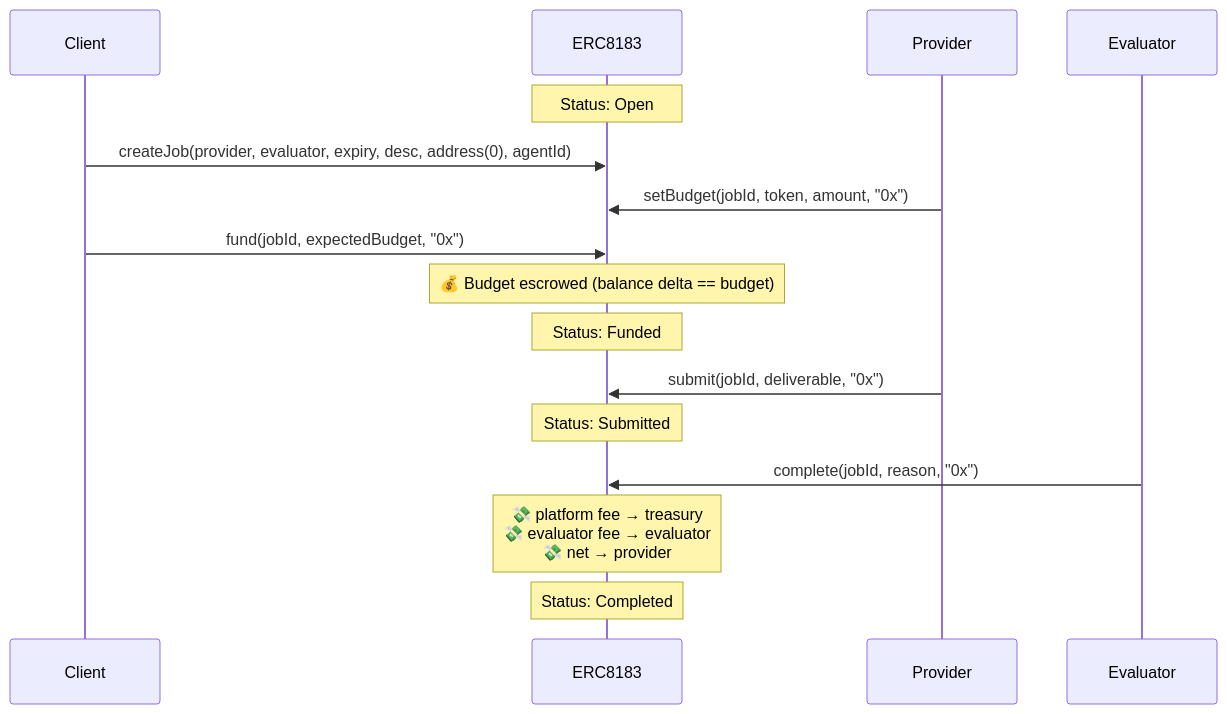
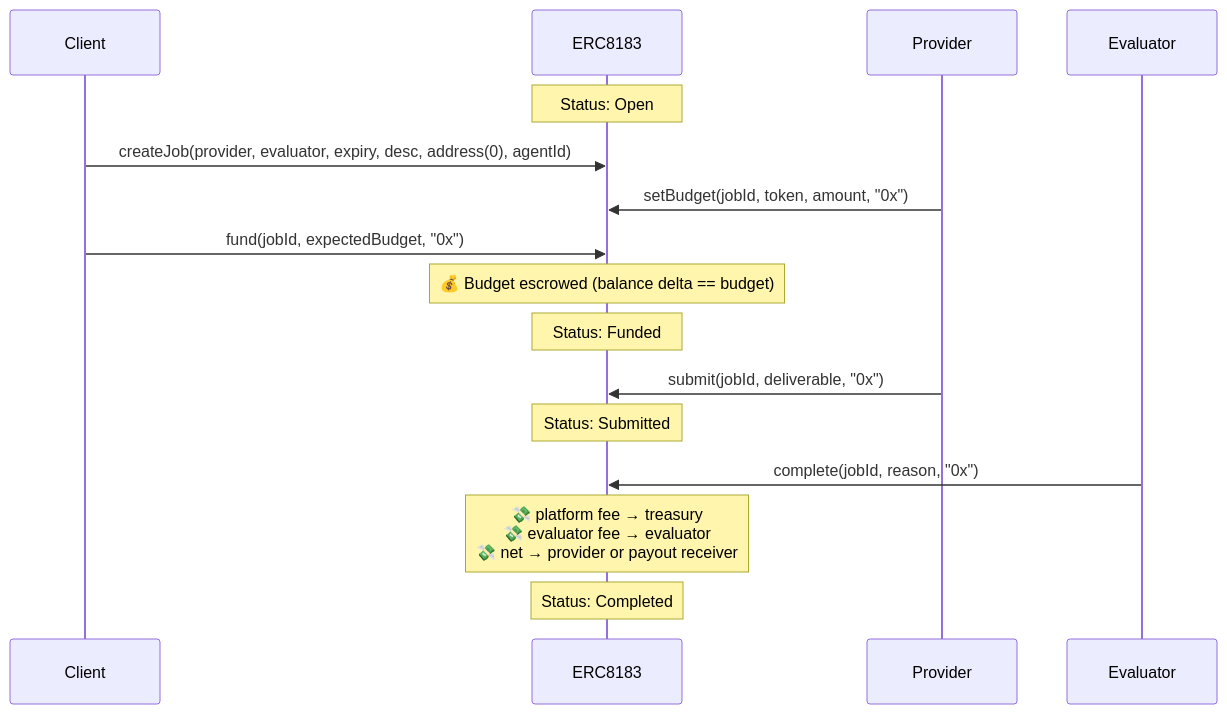
Before and after one commit to erc-8183/base-contracts: the second of 5 diagrams in docs/01-architecture.md, drawn with Mermaid. The commit also changed other lines of this file and 7 other files, not shown here.

````diff
--- a/docs/01-architecture.md
+++ b/docs/01-architecture.md
@@ -42,21 +42,21 @@
 ```mermaid
 sequenceDiagram
     participant C as Client
     participant AC as ERC8183
     participant P as Provider
     participant E as Evaluator
 
     Note over AC: Status: Open
     C->>AC: createJob(provider, evaluator, expiry, desc, address(0), agentId)
     P->>AC: setBudget(jobId, token, amount, "0x")
     C->>AC: fund(jobId, expectedBudget, "0x")
     Note over AC: 💰 Budget escrowed (balance delta == budget)
     Note over AC: Status: Funded
 
     P->>AC: submit(jobId, deliverable, "0x")
     Note over AC: Status: Submitted
 
     E->>AC: complete(jobId, reason, "0x")
-    Note over AC: 💸 platform fee → treasury<br/>💸 evaluator fee → evaluator<br/>💸 net → provider
+    Note over AC: 💸 platform fee → treasury<br/>💸 evaluator fee → evaluator<br/>💸 net → provider or payout receiver
     Note over AC: Status: Completed
 ```
````
